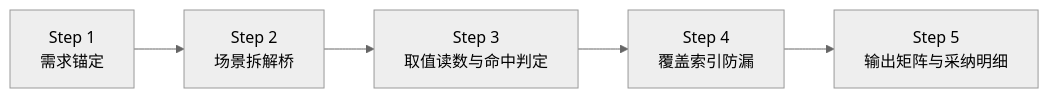
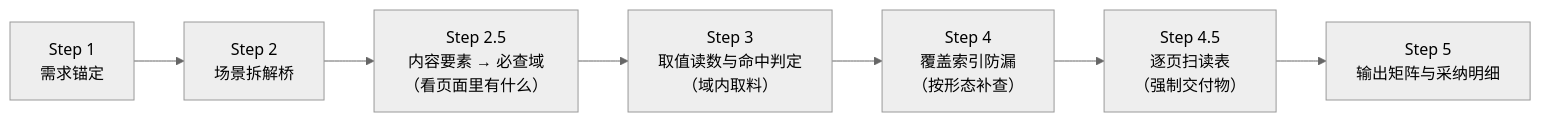
The second of 2 diagrams in 04-workflows-and-cases/横向库承接与场景拆解桥协议.md (wangjue2026/skill-designer-prism), drawn with Mermaid (neutral theme) before and after one commit. The commit also changed other lines of this file and 15 other files, not shown here.

First line of the commit message:
feat(flow): 横向决策域逐页必经 + 可视化件风格落值

````diff
--- a/04-workflows-and-cases/横向库承接与场景拆解桥协议.md
+++ b/04-workflows-and-cases/横向库承接与场景拆解桥协议.md
@@ -29,7 +34,9 @@
 ```mermaid
 graph LR
     S1["Step 1<br/>需求锚定"] --> S2["Step 2<br/>场景拆解桥"]
-    S2 --> S3["Step 3<br/>取值读数与命中判定"]
-    S3 --> S4["Step 4<br/>覆盖索引防漏"]
-    S4 --> S5["Step 5<br/>输出矩阵与采纳明细"]
+    S2 --> S25["Step 2.5<br/>内容要素 → 必查域<br/>（看页面里有什么）"]
+    S25 --> S3["Step 3<br/>取值读数与命中判定<br/>（域内取料）"]
+    S3 --> S4["Step 4<br/>覆盖索引防漏<br/>（按形态补查）"]
+    S4 --> S45["Step 4.5<br/>逐页扫读表<br/>（强制交付物）"]
+    S45 --> S5["Step 5<br/>输出矩阵与采纳明细"]
 ```
````
